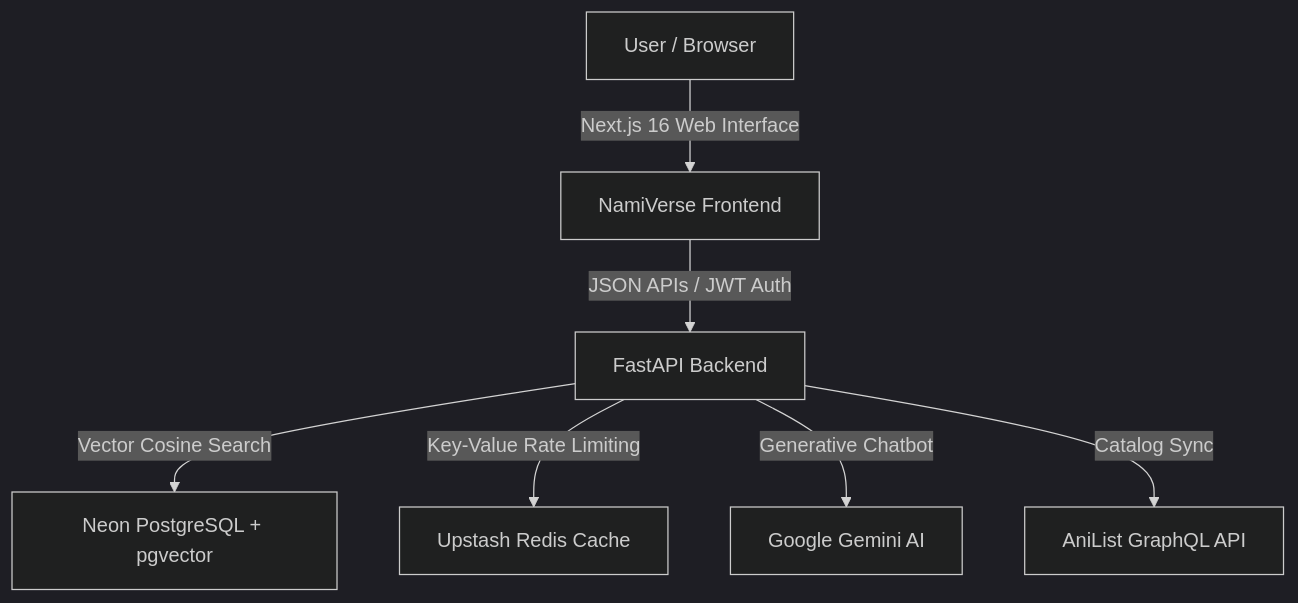
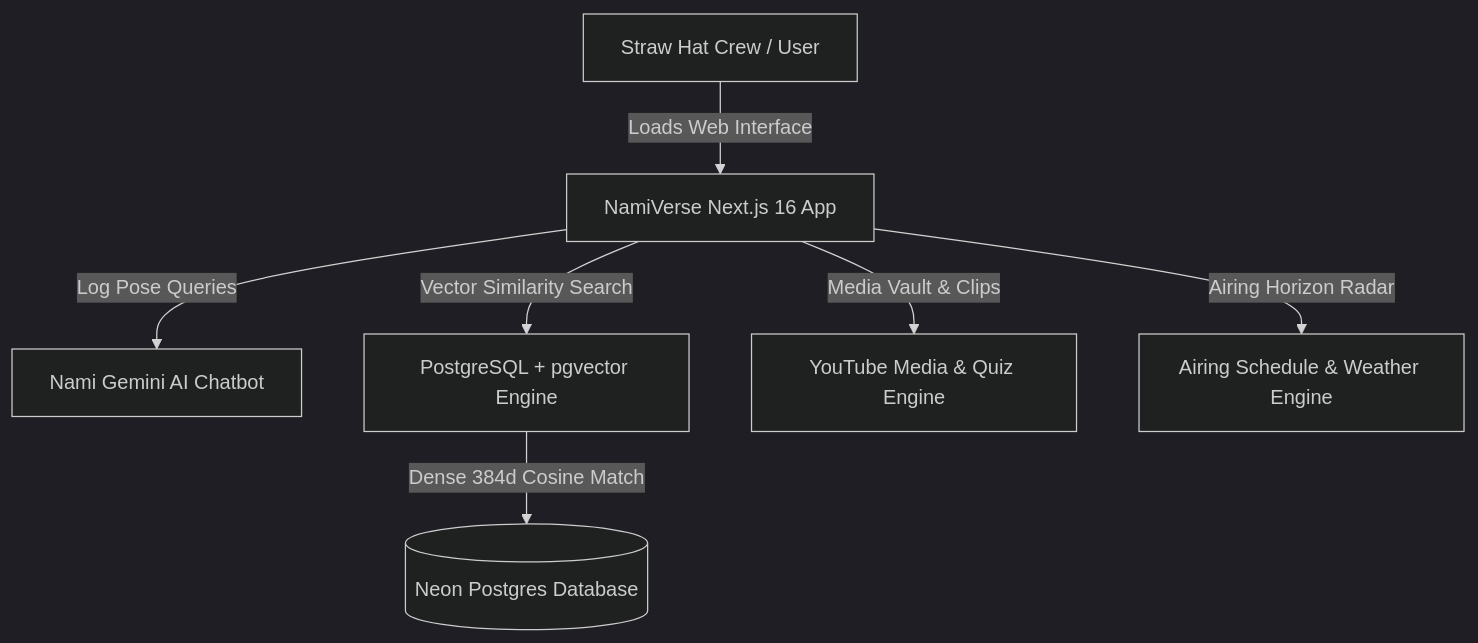
One commit to Aabhash-19/AniVerse changed the diagram in README.md. Above: the diagram before and after it, drawn with Mermaid (dark theme). The commit also changed other lines of this file, not shown here.

Commit message:
docs: updated README.md with full Nami-centric GIFs, artwork, and nautical features

````diff
--- a/README.md
+++ b/README.md
@@ -24,9 +47,9 @@
 ```mermaid
 graph TD
-    Client[User / Browser] -->|Next.js 16 Web Interface| App[NamiVerse Frontend]
-    App -->|JSON APIs / JWT Auth| API[FastAPI Backend]
-    API -->|Vector Cosine Search| PG[Neon PostgreSQL + pgvector]
-    API -->|Key-Value Rate Limiting| Redis[Upstash Redis Cache]
-    API -->|Generative Chatbot| Gemini[Google Gemini AI]
-    API -->|Catalog Sync| AniList[AniList GraphQL API]
+    User[Straw Hat Crew / User] -->|Loads Web Interface| Web[NamiVerse Next.js 16 App]
+    Web -->|Log Pose Queries| Chat[Nami Gemini AI Chatbot]
+    Web -->|Vector Similarity Search| Vector[PostgreSQL + pgvector Engine]
+    Web -->|Media Vault & Clips| Vault[YouTube Media & Quiz Engine]
+    Web -->|Airing Horizon Radar| Radar[Airing Schedule & Weather Engine]
+    Vector -->|Dense 384d Cosine Match| DB[(Neon Postgres Database)]
 ```
````
